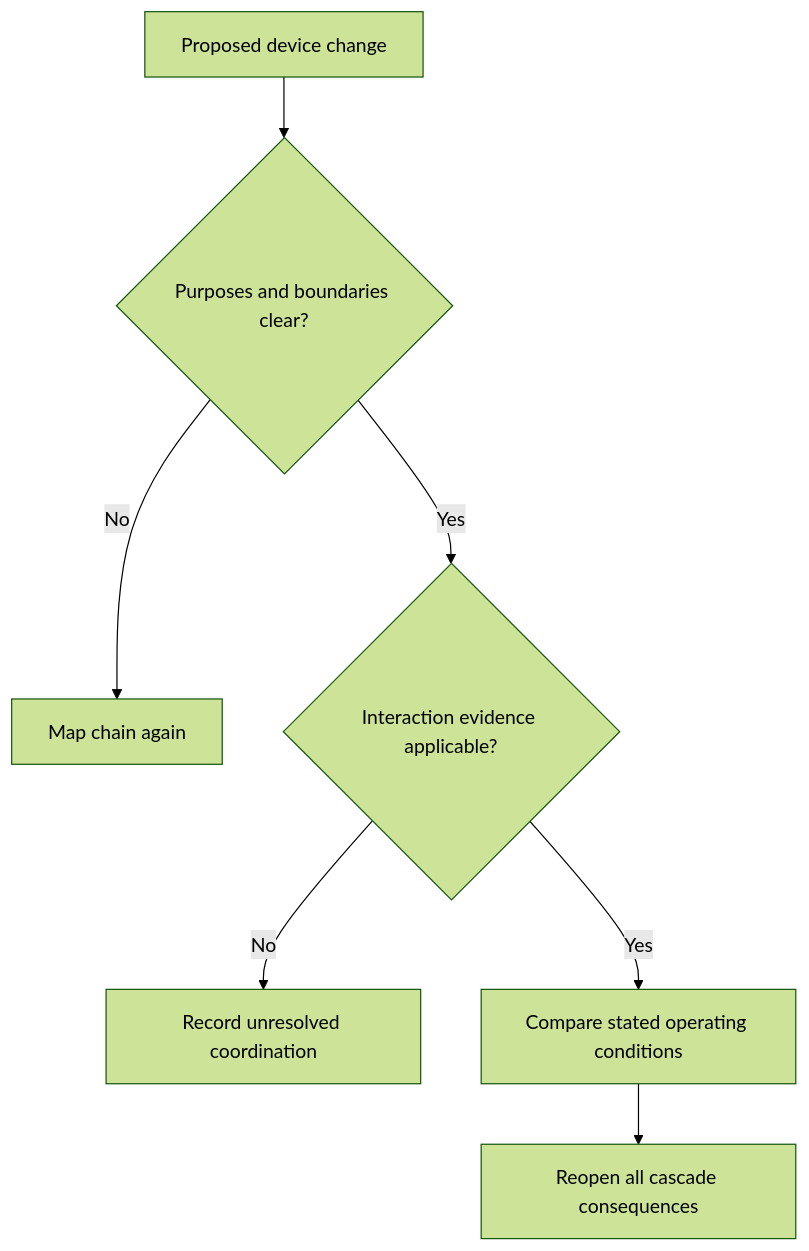
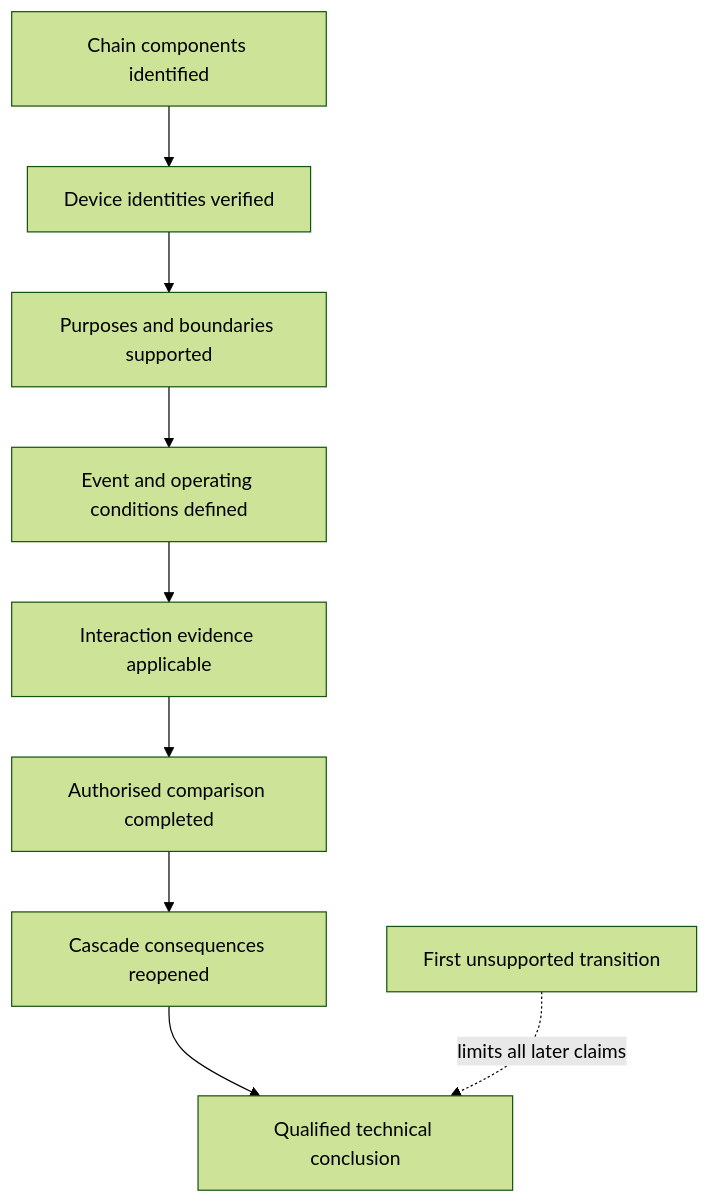
Before and after one commit to andrew3stedall/capstone: the second of 2 diagrams in docs/learning-plans/12-week/modules/day-32-coordination-selectivity-and-upstream-downstream-consequences.md, drawn with Mermaid (forest theme). The commit also changed other lines of this file, not shown here.

Commit message:
Improve Day 32 coordination reasoning

````diff
--- a/docs/learning-plans/12-week/modules/day-32-coordination-selectivity-and-upstream-downstream-consequences.md
+++ b/docs/learning-plans/12-week/modules/day-32-coordination-selectivity-and-upstream-downstream-consequences.md
@@ -78,9 +106,11 @@
 ```mermaid
 flowchart TD
-    A[Proposed device change] --> B{Purposes and boundaries clear?}
-    B -->|No| C[Map chain again]
-    B -->|Yes| D{Interaction evidence applicable?}
-    D -->|No| E[Record unresolved coordination]
-    D -->|Yes| F[Compare stated operating conditions]
-    F --> G[Reopen all cascade consequences]
+    A[Chain components identified] --> B[Device identities verified]
+    B --> C[Purposes and boundaries supported]
+    C --> D[Event and operating conditions defined]
+    D --> E[Interaction evidence applicable]
+    E --> F[Authorised comparison completed]
+    F --> G[Cascade consequences reopened]
+    G --> H[Qualified technical conclusion]
+    X[First unsupported transition] -. limits all later claims .-> H
 ```
````
